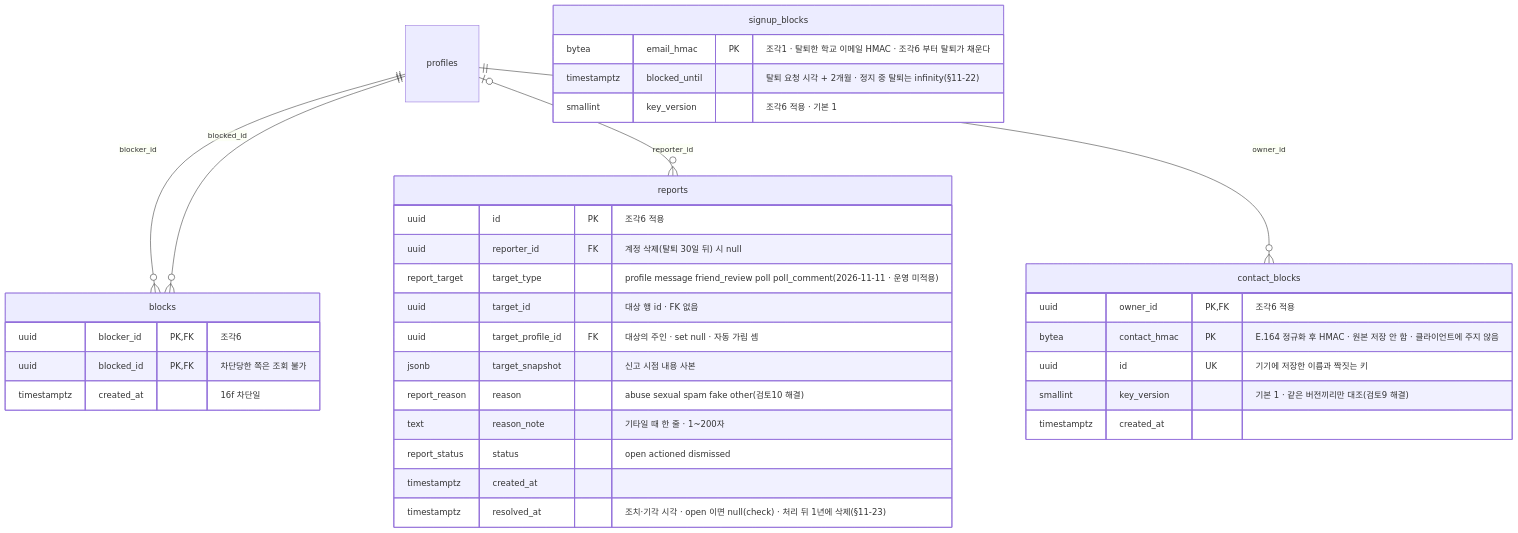
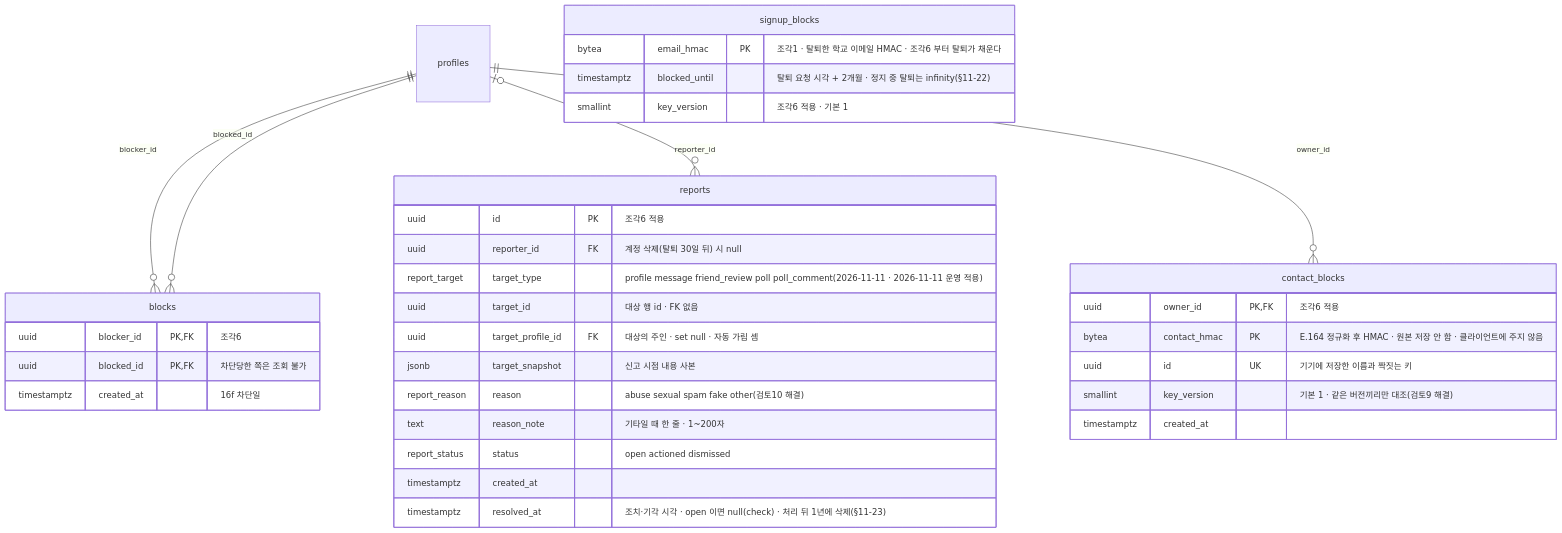
One commit to Ju-unn/Campus_mate_compose changed the fourth of 6 diagrams in docs/ERD.md. Above: the diagram before and after it, drawn with Mermaid. The commit also changed other lines of this file and 3 other files, not shown here.

First line of the commit message:
📝 docs: 운영 반영 상태를 11-12 기준으로 고침 (DEPLOY §4-26 신설 · §5 · ERD 상태줄 · SUPABASE)

````diff
--- a/docs/ERD.md
+++ b/docs/ERD.md
@@ -556,42 +556,42 @@
 ```mermaid
 %%{init: {'er': {'diagramPadding': 40, 'entityPadding': 25}}}%%
 erDiagram
     profiles ||--o{ blocks : "blocker_id"
     profiles ||--o{ blocks : "blocked_id"
     profiles |o--o{ reports : "reporter_id"
     profiles ||--o{ contact_blocks : "owner_id"
 
     blocks {
         uuid blocker_id PK, FK "조각6"
         uuid blocked_id PK, FK "차단당한 쪽은 조회 불가"
         timestamptz created_at "16f 차단일"
     }
 
     reports {
         uuid id PK "조각6 적용"
         uuid reporter_id FK "계정 삭제(탈퇴 30일 뒤) 시 null"
-        report_target target_type "profile message friend_review poll poll_comment(2026-11-11 · 운영 미적용)"
+        report_target target_type "profile message friend_review poll poll_comment(2026-11-11 · 2026-11-11 운영 적용)"
         uuid target_id "대상 행 id · FK 없음"
         uuid target_profile_id FK "대상의 주인 · set null · 자동 가림 셈"
         jsonb target_snapshot "신고 시점 내용 사본"
         report_reason reason "abuse sexual spam fake other(검토10 해결)"
         text reason_note "기타일 때 한 줄 · 1~200자"
         report_status status "open actioned dismissed"
         timestamptz created_at
         timestamptz resolved_at "조치·기각 시각 · open 이면 null(check) · 처리 뒤 1년에 삭제(§11-23)"
     }
 
     contact_blocks {
         uuid owner_id PK, FK "조각6 적용"
         bytea contact_hmac PK "E.164 정규화 후 HMAC · 원본 저장 안 함 · 클라이언트에 주지 않음"
         uuid id UK "기기에 저장한 이름과 짝짓는 키"
         smallint key_version "기본 1 · 같은 버전끼리만 대조(검토9 해결)"
         timestamptz created_at
     }
 
     signup_blocks {
         bytea email_hmac PK "조각1 · 탈퇴한 학교 이메일 HMAC · 조각6 부터 탈퇴가 채운다"
         timestamptz blocked_until "탈퇴 요청 시각 + 2개월 · 정지 중 탈퇴는 infinity(§11-22)"
         smallint key_version "조각6 적용 · 기본 1"
     }
 ```
````
